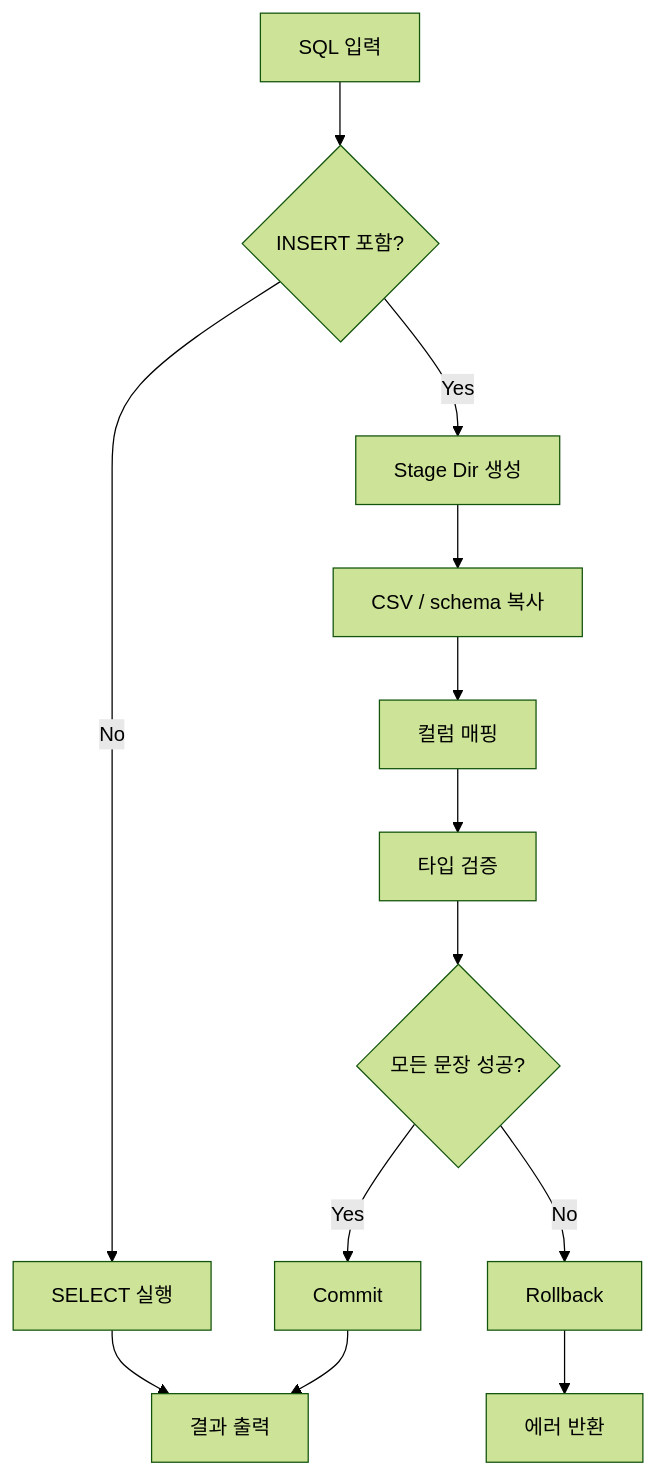
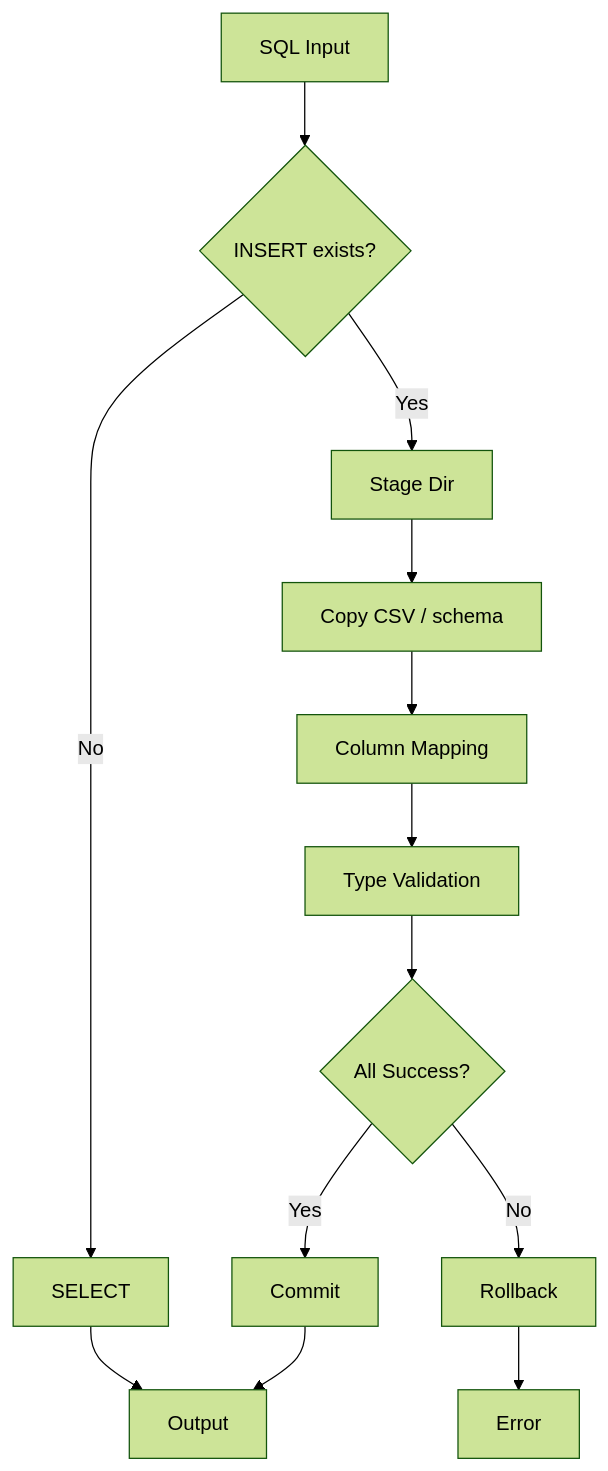
The second of 2 diagrams in README.md (NearthYou/SQL_WednsdayCodingClub), drawn with Mermaid (forest theme) before and after one commit. The commit also changed other lines of this file, not shown here.

````diff
--- a/README.md
+++ b/README.md
@@ -33,15 +78,15 @@
 ```mermaid
 flowchart TD
-    A[SQL 입력] --> B{INSERT 포함?}
-    B -- No --> C[SELECT 실행]
-    B -- Yes --> D[Stage Dir 생성]
-    D --> E[CSV / schema 복사]
-    E --> F[컬럼 매핑]
-    F --> G[타입 검증]
-    G --> H{모든 문장 성공?}
+    A[SQL Input] --> B{INSERT exists?}
+    B -- No --> C[SELECT]
+    B -- Yes --> D[Stage Dir]
+    D --> E[Copy CSV / schema]
+    E --> F[Column Mapping]
+    F --> G[Type Validation]
+    G --> H{All Success?}
     H -- Yes --> I[Commit]
     H -- No --> J[Rollback]
-    C --> K[결과 출력]
+    C --> K[Output]
     I --> K
-    J --> L[에러 반환]
+    J --> L[Error]
 ```
````
